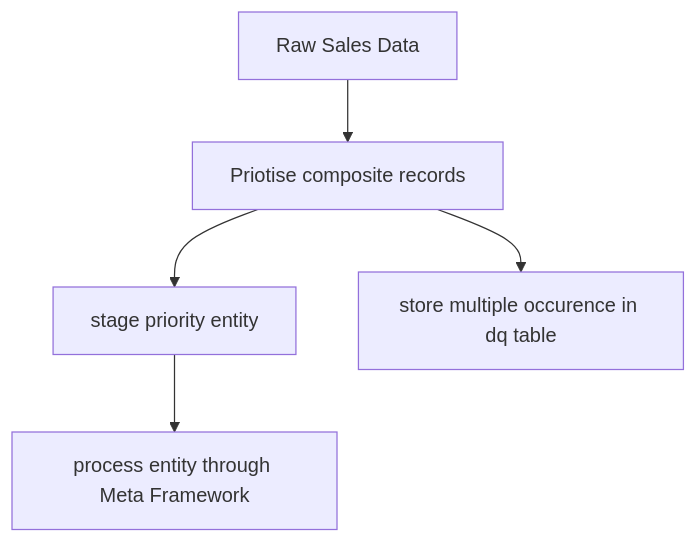
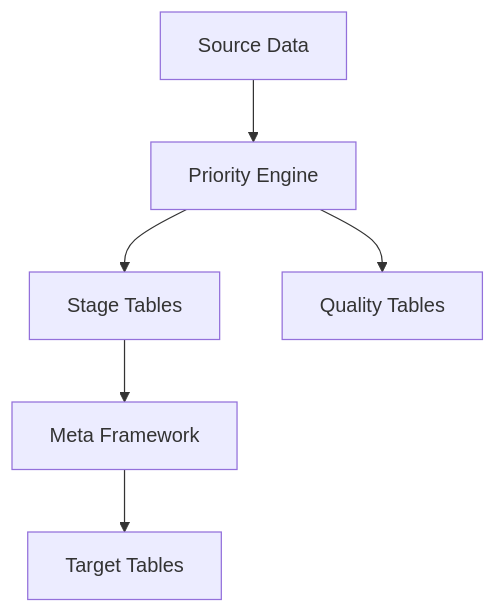
One commit to nimbleapproach/dojo-dbx-adf changed the first of 2 diagrams in databricks_cicd/README MASTER DATA MANAGEMENT.md. Above: the diagram before and after it, drawn with Mermaid. The commit also changed other lines of this file, not shown here.

Commit message:
add mermaid diagram

````diff
--- a/databricks_cicd/README MASTER DATA MANAGEMENT.md
+++ b/databricks_cicd/README MASTER DATA MANAGEMENT.md
@@ -43,7 +47,8 @@
-:::mermaid
+```mermaid
 graph TD
-    A[Raw Sales Data] --> B[Priotise composite records]
-    B --> C[stage priority entity]
-    B --> D[store multiple occurence in dq table]
-    C --> E[process entity through Meta Framework]
-:::
+    A[Source Data] --> B[Priority Engine]
+    B --> C[Stage Tables]
+    B --> D[Quality Tables]
+    C --> E[Meta Framework]
+    E --> F[Target Tables]
+```
````
